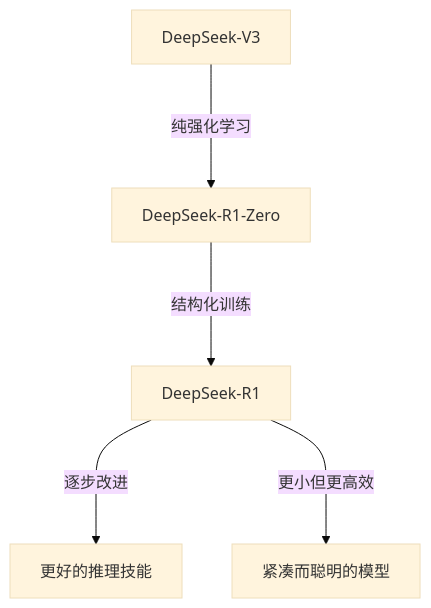
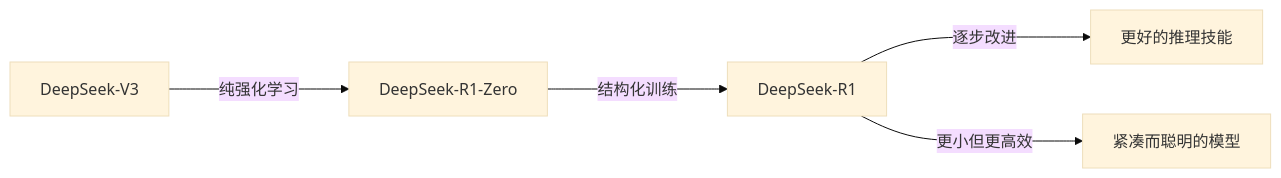
The second of 32 diagrams in README.md (confucianzuoyuan/rl-tutorial), drawn with Mermaid (base theme) before and after one commit. The commit also changed other lines of this file and 1 other file, not shown here.

````diff
--- a/README.md
+++ b/README.md
@@ -3822,7 +3863,7 @@
 ```mermaid
-flowchart TD
+flowchart LR
     A[DeepSeek-V3]-- 纯强化学习 --->B[DeepSeek-R1-Zero]
     B -- 结构化训练 --->C[DeepSeek-R1]
     C -- 逐步改进 --->D[更好的推理技能]
     C -- 更小但更高效 --->E[紧凑而聪明的模型]
 ```
````
